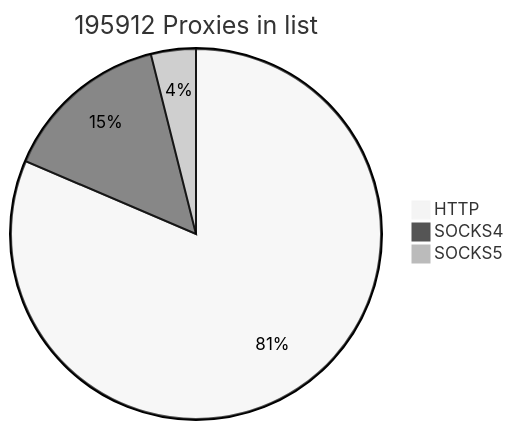
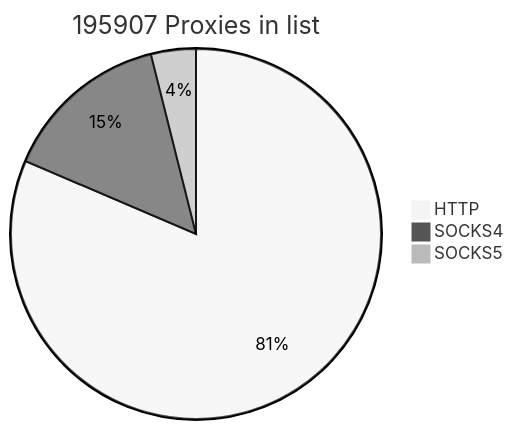
Before and after one commit to cutipu/proxylist: the first of 2 diagrams in README.md, drawn with Mermaid (neutral theme). The commit also changed other lines of this file, not shown here.

````diff
--- a/README.md
+++ b/README.md
@@ -2,7 +2,7 @@
 ```mermaid
-pie title 195912 Proxies in list
-    "HTTP" : 159537
-    "SOCKS4" : 28697
-    "SOCKS5" : 7678
+pie title 195907 Proxies in list
+    "HTTP" : 159536
+    "SOCKS4" : 28696
+    "SOCKS5" : 7675
             
 ```
````
